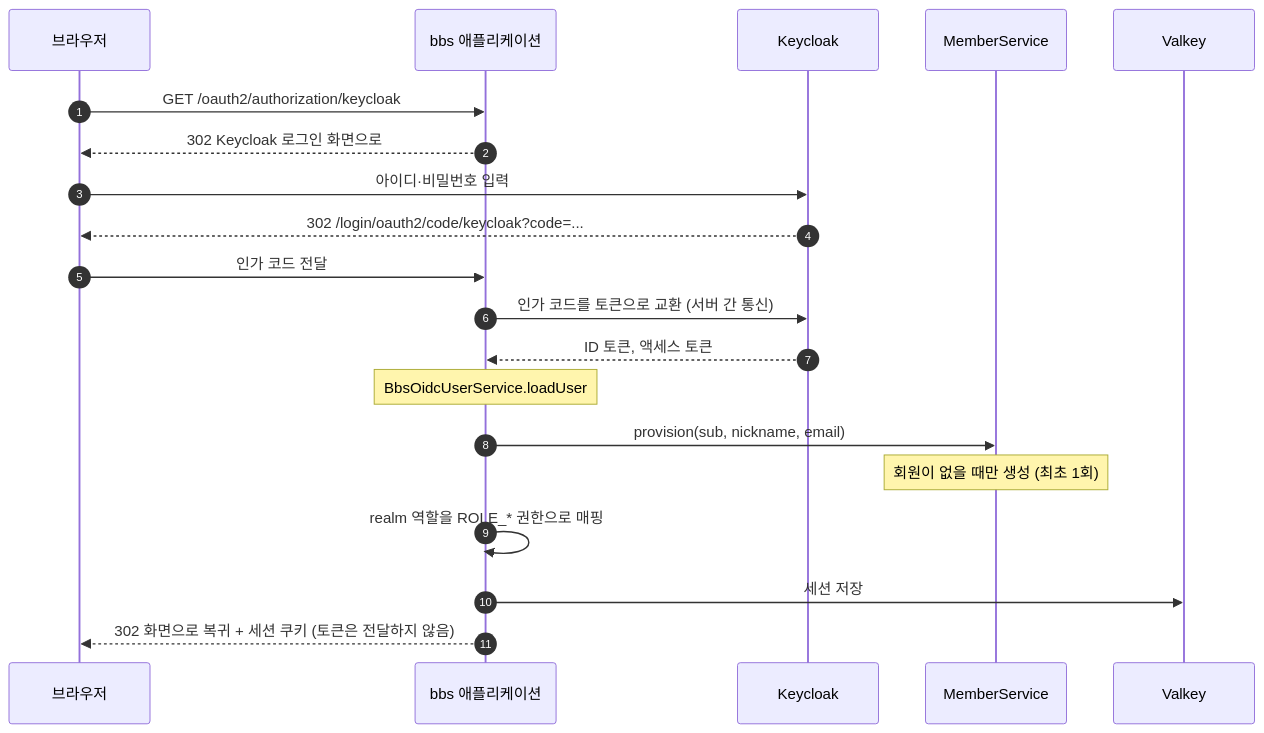
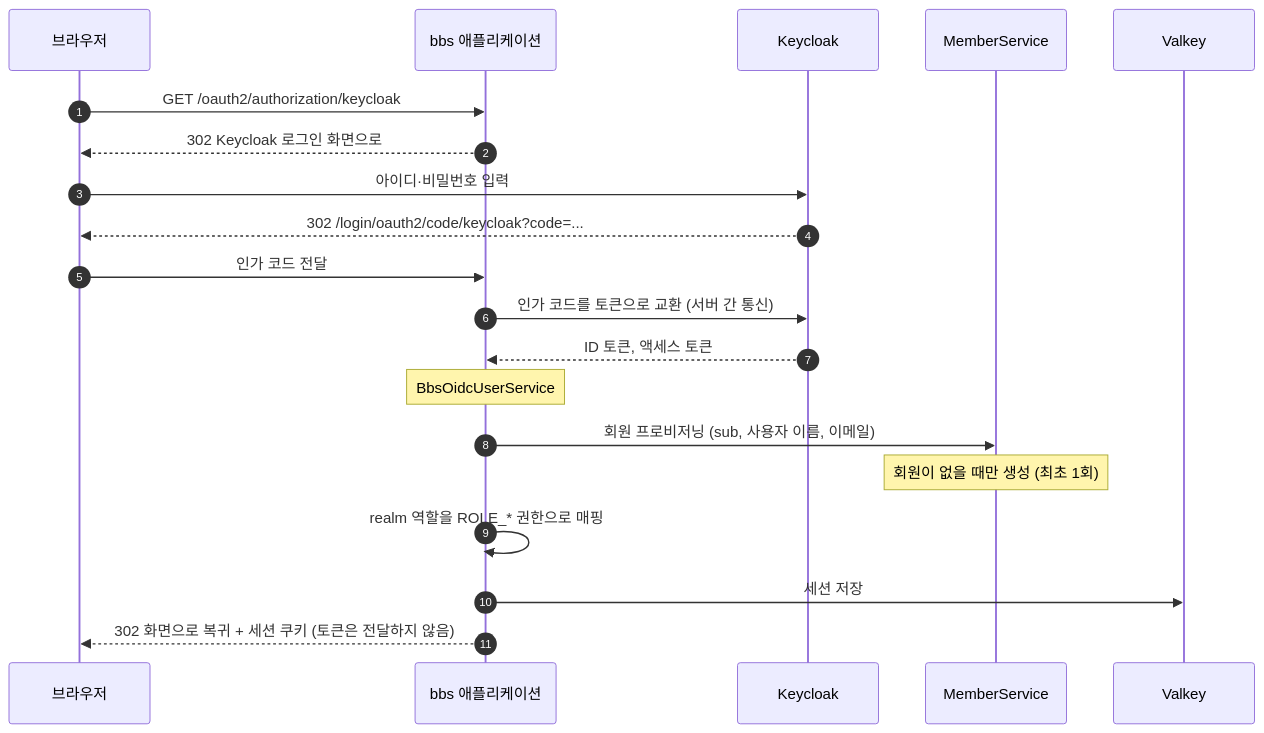
Before and after one commit to HseongH/bbs: the diagram in docs/project/sds.md, drawn with Mermaid. The commit also changed other lines of this file and 20 other files, not shown here.

````diff
--- a/docs/project/sds.md
+++ b/docs/project/sds.md
@@ -179,22 +179,22 @@
 ```mermaid
 sequenceDiagram
     autonumber
     participant B as 브라우저
     participant A as bbs 애플리케이션
     participant K as Keycloak
     participant M as MemberService
     participant R as Valkey
     B->>A: GET /oauth2/authorization/keycloak
     A-->>B: 302 Keycloak 로그인 화면으로
     B->>K: 아이디·비밀번호 입력
     K-->>B: 302 /login/oauth2/code/keycloak?code=...
     B->>A: 인가 코드 전달
     A->>K: 인가 코드를 토큰으로 교환 (서버 간 통신)
     K-->>A: ID 토큰, 액세스 토큰
-    Note over A: BbsOidcUserService.loadUser
-    A->>M: provision(sub, nickname, email)
+    Note over A: BbsOidcUserService
+    A->>M: 회원 프로비저닝 (sub, 사용자 이름, 이메일)
     Note over M: 회원이 없을 때만 생성 (최초 1회)
     A->>A: realm 역할을 ROLE_* 권한으로 매핑
     A->>R: 세션 저장
     A-->>B: 302 화면으로 복귀 + 세션 쿠키 (토큰은 전달하지 않음)
 ```
````
